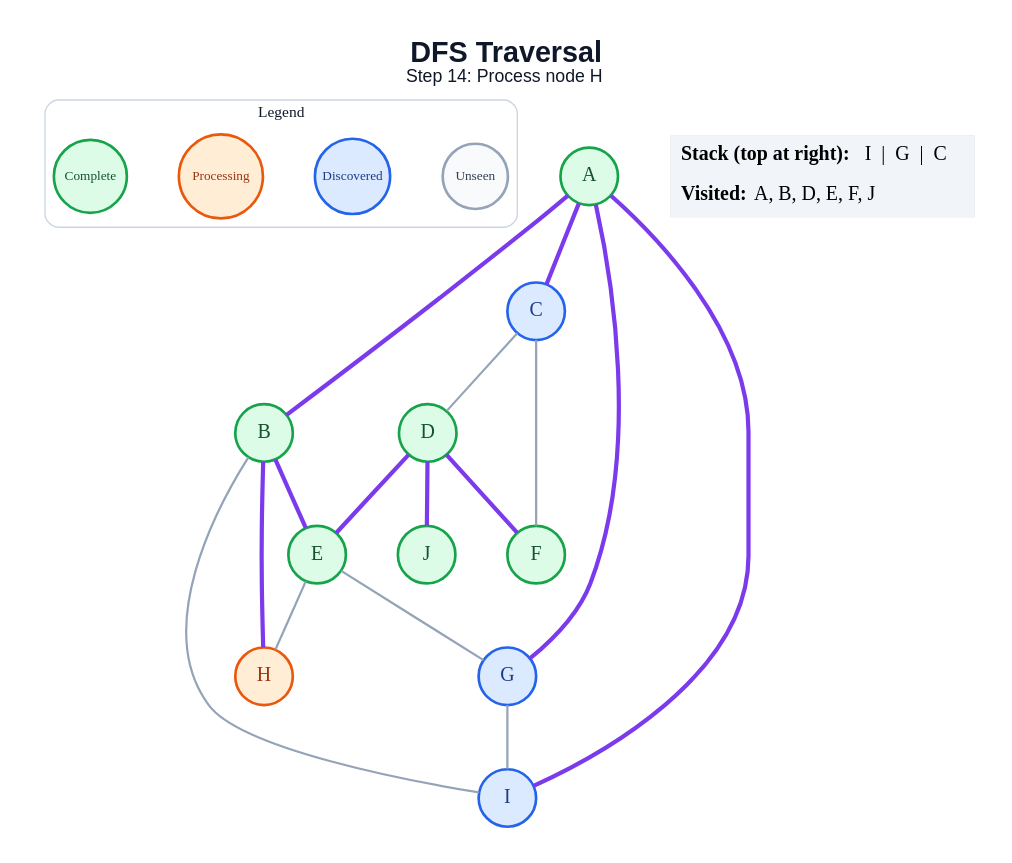
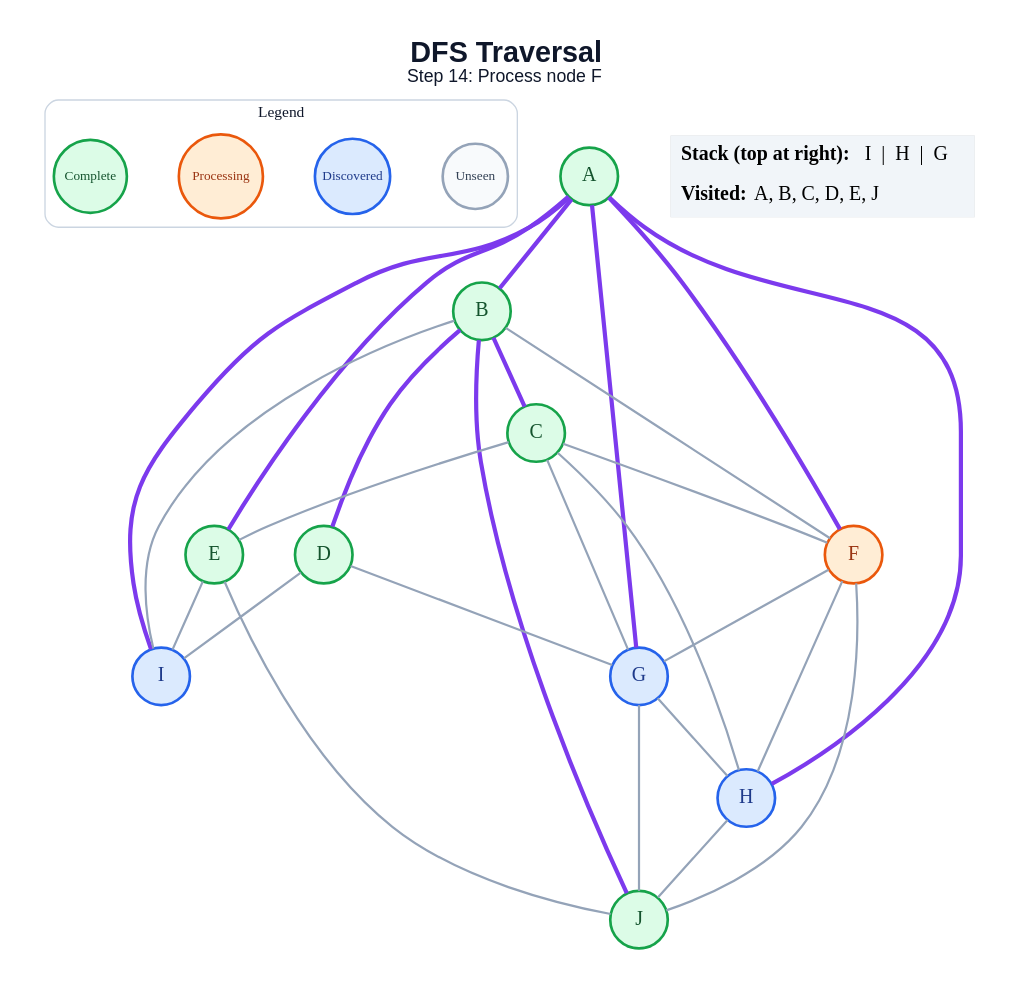
Before and after one commit to anon7238593-create/ai-slop: the diagram in generated/dfs/step_14.dot, drawn with Graphviz. The commit also changed 178 other files, not shown here.

```diff
--- a/generated/dfs/step_14.dot
+++ b/generated/dfs/step_14.dot
@@ -1,44 +1,54 @@
 graph traversal {
   graph [layout=dot, rankdir=TB, bgcolor="#FFFFFF", pad="0.35", nodesep="0.65", ranksep="0.8", fontname="Arial"];
   node [shape=circle, style="filled", fontname="Arial Bold", fontsize=18, width=0.72, fixedsize=true, penwidth=2.4];
   edge [color="#94A3B8", penwidth=2.0];
-  label=<<B>DFS Traversal</B><BR/><FONT POINT-SIZE="16">Step 14: Process node H</FONT>>; labelloc="t"; fontsize=26; fontname="Arial"; fontcolor="#0F172A";
+  label=<<B>DFS Traversal</B><BR/><FONT POINT-SIZE="16">Step 14: Process node F</FONT>>; labelloc="t"; fontsize=26; fontname="Arial"; fontcolor="#0F172A";
   subgraph cluster_legend { label="Legend"; color="#CBD5E1"; penwidth=1.2; style="rounded"; fontsize=14; fontname="Arial Bold";
     key_unseen [label="Unseen", fillcolor="#F8FAFC", color="#94A3B8", fontcolor="#334155", fontsize=12, width=0.82];
     key_frontier [label="Discovered", fillcolor="#DBEAFE", color="#2563EB", fontcolor="#1E3A8A", fontsize=12, width=0.95];
     key_current [label="Processing", fillcolor="#FFEDD5", color="#EA580C", fontcolor="#9A3412", fontsize=12, width=1.05];
     key_done [label="Complete", fillcolor="#DCFCE7", color="#16A34A", fontcolor="#14532D", fontsize=12, width=0.92];
     { rank=same; key_unseen; key_frontier; key_current; key_done; }
   }
   A [fillcolor="#DCFCE7", color="#16A34A", fontcolor="#14532D"];
   B [fillcolor="#DCFCE7", color="#16A34A", fontcolor="#14532D"];
-  C [fillcolor="#DBEAFE", color="#2563EB", fontcolor="#1E3A8A"];
+  C [fillcolor="#DCFCE7", color="#16A34A", fontcolor="#14532D"];
   D [fillcolor="#DCFCE7", color="#16A34A", fontcolor="#14532D"];
   E [fillcolor="#DCFCE7", color="#16A34A", fontcolor="#14532D"];
-  F [fillcolor="#DCFCE7", color="#16A34A", fontcolor="#14532D"];
+  F [fillcolor="#FFEDD5", color="#EA580C", fontcolor="#9A3412"];
   G [fillcolor="#DBEAFE", color="#2563EB", fontcolor="#1E3A8A"];
-  H [fillcolor="#FFEDD5", color="#EA580C", fontcolor="#9A3412"];
+  H [fillcolor="#DBEAFE", color="#2563EB", fontcolor="#1E3A8A"];
   I [fillcolor="#DBEAFE", color="#2563EB", fontcolor="#1E3A8A"];
   J [fillcolor="#DCFCE7", color="#16A34A", fontcolor="#14532D"];
   A -- B [color="#7C3AED", penwidth=3.8];
-  A -- C [color="#7C3AED", penwidth=3.8];
+  A -- E [color="#7C3AED", penwidth=3.8];
+  A -- F [color="#7C3AED", penwidth=3.8];
   A -- G [color="#7C3AED", penwidth=3.8];
+  A -- H [color="#7C3AED", penwidth=3.8];
   A -- I [color="#7C3AED", penwidth=3.8];
-  B -- E [color="#7C3AED", penwidth=3.8];
-  B -- H [color="#7C3AED", penwidth=3.8];
+  B -- C [color="#7C3AED", penwidth=3.8];
+  B -- D [color="#7C3AED", penwidth=3.8];
+  B -- F;
   B -- I;
-  C -- D;
+  B -- J [color="#7C3AED", penwidth=3.8];
+  C -- E;
   C -- F;
-  D -- E [color="#7C3AED", penwidth=3.8];
-  D -- F [color="#7C3AED", penwidth=3.8];
-  D -- J [color="#7C3AED", penwidth=3.8];
-  E -- G;
-  E -- H;
-  G -- I;
+  C -- G;
+  C -- H;
+  D -- G;
+  D -- I;
+  E -- I;
+  E -- J;
+  F -- G;
+  F -- H;
+  F -- J;
+  G -- H;
+  G -- J;
+  H -- J;
   status [shape=plain, fixedsize=false, width=0, height=0, margin=0, label=<
     <TABLE BORDER="0" CELLBORDER="0" CELLPADDING="7" BGCOLOR="#F1F5F9">
-      <TR><TD ALIGN="LEFT"><B>Stack (top at right):</B> I  |  G  |  C</TD></TR>
-      <TR><TD ALIGN="LEFT"><B>Visited:</B> A, B, D, E, F, J</TD></TR>
+      <TR><TD ALIGN="LEFT"><B>Stack (top at right):</B> I  |  H  |  G</TD></TR>
+      <TR><TD ALIGN="LEFT"><B>Visited:</B> A, B, C, D, E, J</TD></TR>
     </TABLE>
   >];
 }
```
